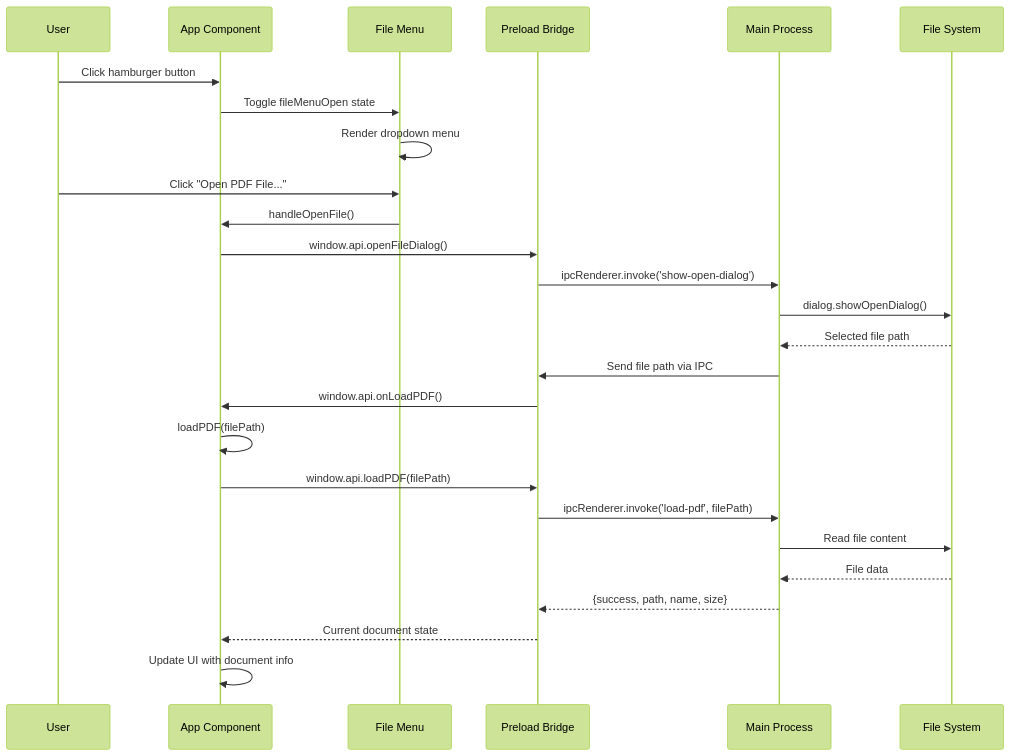
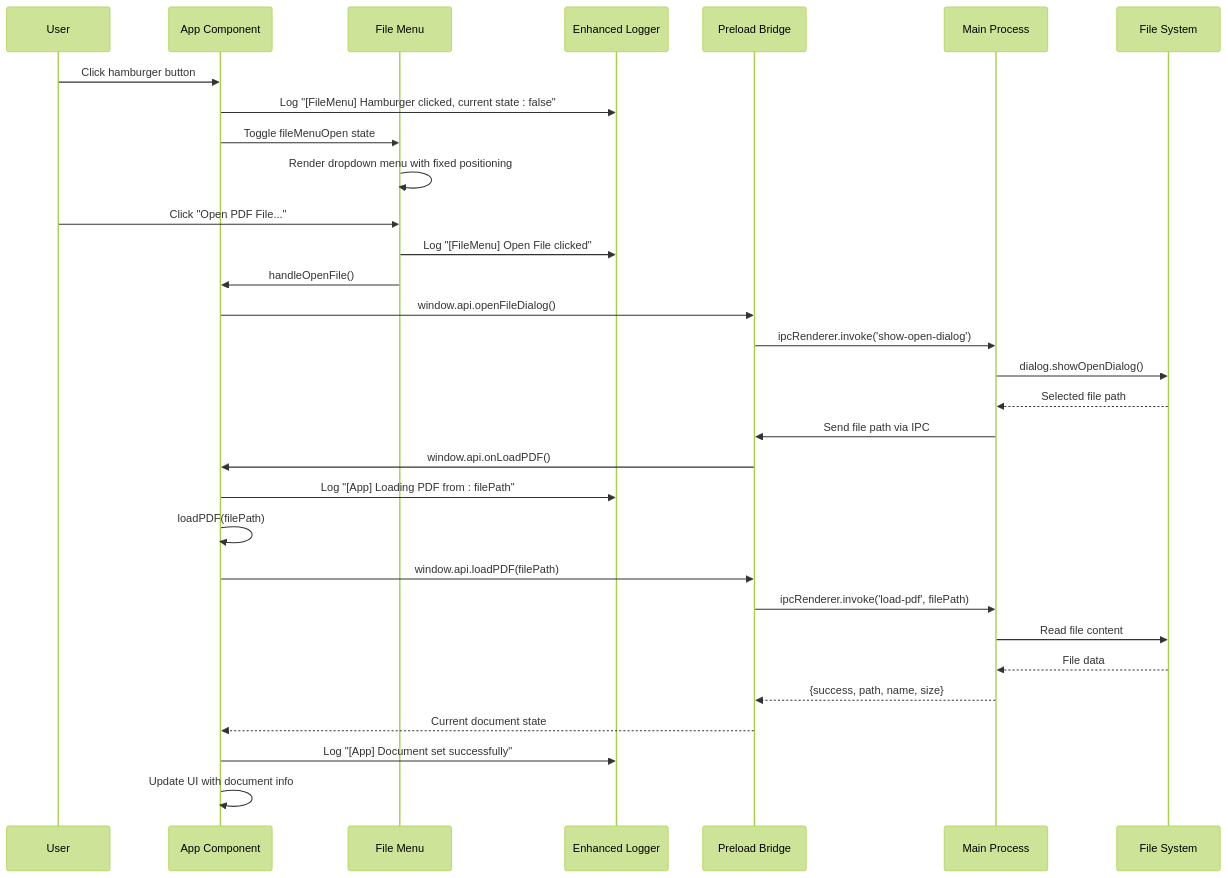
Before and after one commit to Chunde/SciPDFReader: the second of 6 diagrams in .qoder/repowiki/en/content/Core Components/File Menu System.md, drawn with Mermaid (forest theme). The commit also changed other lines of this file and 9 other files, not shown here.

````diff
--- a/.qoder/repowiki/en/content/Core Components/File Menu System.md
+++ b/.qoder/repowiki/en/content/Core Components/File Menu System.md
@@ -101,28 +119,33 @@
 ```mermaid
 sequenceDiagram
 participant User as User
 participant App as App Component
 participant Menu as File Menu
+participant Logger as Enhanced Logger
 participant Preload as Preload Bridge
 participant Main as Main Process
 participant FS as File System
 User->>App : Click hamburger button
+App->>Logger : Log "[FileMenu] Hamburger clicked, current state : false"
 App->>Menu : Toggle fileMenuOpen state
-Menu->>Menu : Render dropdown menu
+Menu->>Menu : Render dropdown menu with fixed positioning
 User->>Menu : Click "Open PDF File..."
+Menu->>Logger : Log "[FileMenu] Open File clicked"
 Menu->>App : handleOpenFile()
 App->>Preload : window.api.openFileDialog()
 Preload->>Main : ipcRenderer.invoke('show-open-dialog')
 Main->>FS : dialog.showOpenDialog()
 FS-->>Main : Selected file path
 Main->>Preload : Send file path via IPC
 Preload->>App : window.api.onLoadPDF()
+App->>Logger : Log "[App] Loading PDF from : filePath"
 App->>App : loadPDF(filePath)
 App->>Preload : window.api.loadPDF(filePath)
 Preload->>Main : ipcRenderer.invoke('load-pdf', filePath)
 Main->>FS : Read file content
 FS-->>Main : File data
 Main-->>Preload : {success, path, name, size}
 Preload-->>App : Current document state
+App->>Logger : Log "[App] Document set successfully"
 App->>App : Update UI with document info
 ```
````
